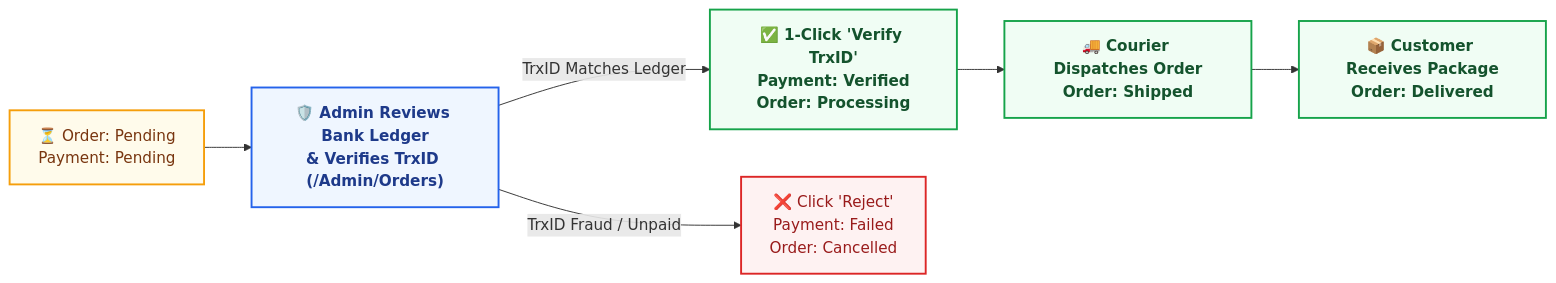
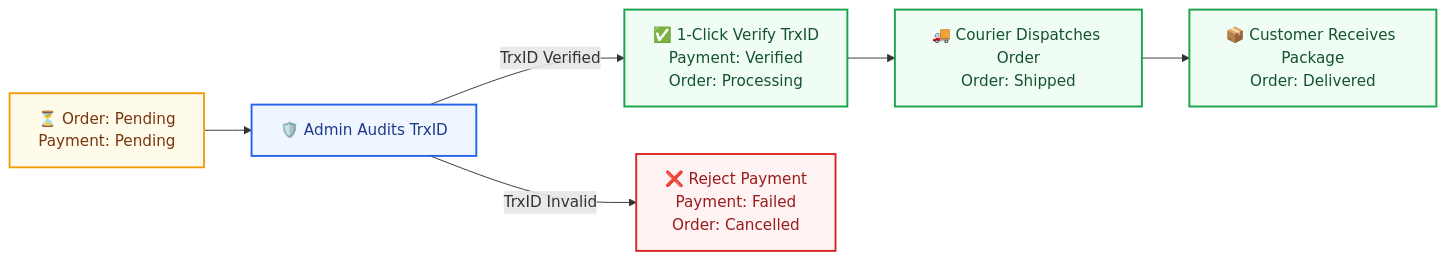
The sixth of 7 diagrams in README.md (Bahar0900/Productstore), drawn with Mermaid before and after one commit. The commit also changed other lines of this file, not shown here.

Commit message:
fix(docs): quote all mermaid edge labels to resolve GitHub parse error

````diff
--- a/README.md
+++ b/README.md
@@ -185,15 +184,15 @@
 ```mermaid
 flowchart LR
     classDef pending fill:#fffbeb,stroke:#f59e0b,stroke-width:2px,color:#78350f;
-    classDef admin fill:#eff6ff,stroke:#2563eb,stroke-width:2px,color:#1e3a8a,font-weight:bold;
-    classDef success fill:#f0fdf4,stroke:#16a34a,stroke-width:2px,color:#14532d,font-weight:bold;
+    classDef admin fill:#eff6ff,stroke:#2563eb,stroke-width:2px,color:#1e3a8a;
+    classDef success fill:#f0fdf4,stroke:#16a34a,stroke-width:2px,color:#14532d;
     classDef fail fill:#fef2f2,stroke:#dc2626,stroke-width:2px,color:#991b1b;
 
-    PendingOrder["⏳ Order: Pending<br/>Payment: Pending"]:::pending --> AdminReview["🛡️ Admin Reviews Bank Ledger<br/>& Verifies TrxID (/Admin/Orders)"]:::admin
+    PendingOrder["⏳ Order: Pending<br/>Payment: Pending"]:::pending --> AdminReview["🛡️ Admin Audits TrxID"]:::admin
 
-    AdminReview -->|TrxID Matches Ledger| Verified["✅ 1-Click 'Verify TrxID'<br/>Payment: Verified<br/>Order: Processing"]:::success
-    AdminReview -->|TrxID Fraud / Unpaid| Rejected["❌ Click 'Reject'<br/>Payment: Failed<br/>Order: Cancelled"]:::fail
+    AdminReview -->|"TrxID Verified"| Verified["✅ 1-Click Verify TrxID<br/>Payment: Verified<br/>Order: Processing"]:::success
+    AdminReview -->|"TrxID Invalid"| Rejected["❌ Reject Payment<br/>Payment: Failed<br/>Order: Cancelled"]:::fail
 
     Verified --> Dispatch["🚚 Courier Dispatches Order<br/>Order: Shipped"]:::success
     Dispatch --> Delivered["📦 Customer Receives Package<br/>Order: Delivered"]:::success
 ```
````
